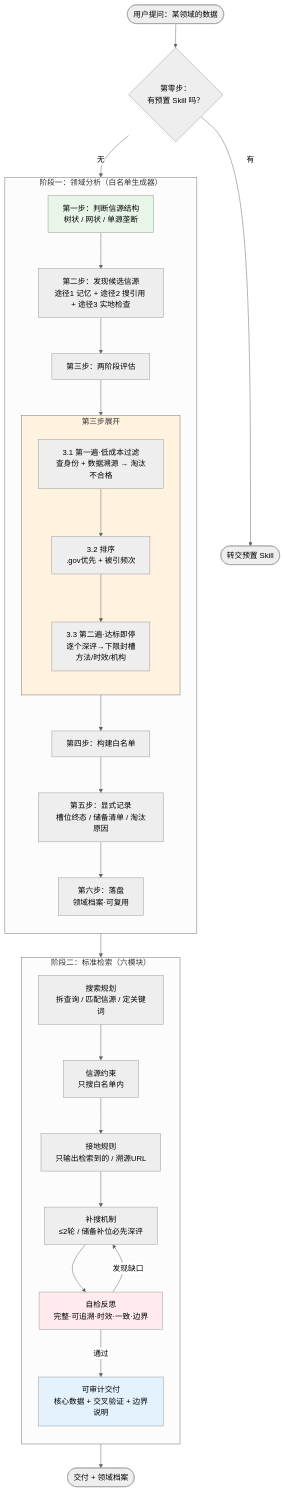
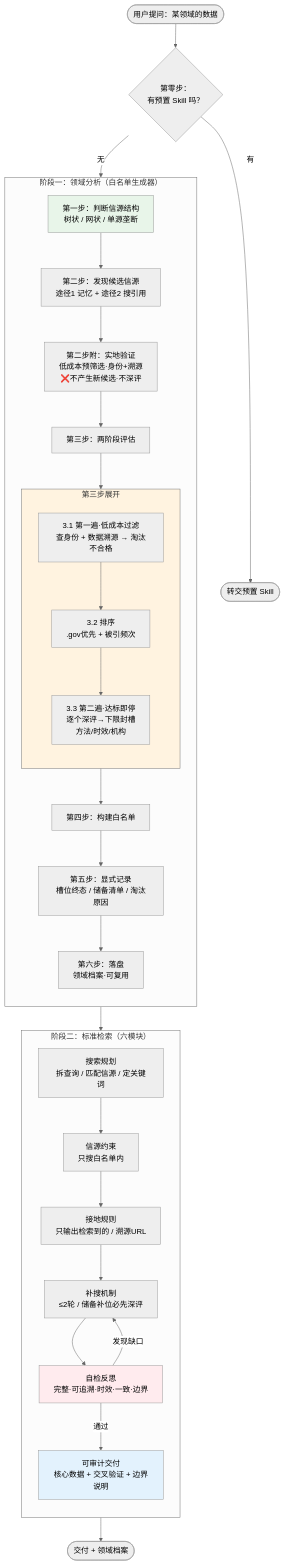
Before and after one commit to paperpoon-lang/trusted-retrieval-skills: the diagram in 可信检索搭建/架构图.md, drawn with Mermaid (neutral theme). The commit also changed 1 other file, not shown here.

Commit message:
fix: 途徑3→第二步附·实地验证——非信源发现管道，是过滤桥（限身份+溯源，不产生新候选·不深评）

````diff
--- a/可信检索搭建/架构图.md
+++ b/可信检索搭建/架构图.md
@@ -3,48 +3,49 @@
 ```mermaid
 flowchart TD
     Q([用户提问：某领域的数据])
     
     Q --> STEP0{第零步：<br/>有预置 Skill 吗？}
     STEP0 -->|有| EXIT([转交预置 Skill])
     STEP0 -->|无| P1
     
     subgraph PHASE1["阶段一：领域分析（白名单生成器）"]
         direction TB
         P1[第一步：判断信源结构<br/>树状 / 网状 / 单源垄断]
-        P1 --> P2[第二步：发现候选信源<br/>途径1 记忆 + 途径2 搜引用 + 途径3 实地检查]
-        P2 --> P3[第三步：两阶段评估]
+        P1 --> P2[第二步：发现候选信源<br/>途径1 记忆 + 途径2 搜引用]
+        P2 --> P2B[第二步附：实地验证<br/>低成本预筛选·身份+溯源<br/>❌不产生新候选·不深评]
+        P2B --> P3[第三步：两阶段评估]
         
         subgraph EVAL["第三步展开"]
             direction TB
             E1[3.1 第一遍·低成本过滤<br/>查身份 + 数据溯源 → 淘汰不合格]
             E1 --> E2[3.2 排序<br/>.gov优先 + 被引频次]
             E2 --> E3[3.3 第二遍·达标即停<br/>逐个深评→下限封槽<br/>方法/时效/机构]
         end
         
         P3 --> EVAL
         EVAL --> P4[第四步：构建白名单]
         P4 --> P5[第五步：显式记录<br/>槽位终态 / 储备清单 / 淘汰原因]
         P5 --> P6[第六步：落盘<br/>领域档案·可复用]
     end
     
     PHASE1 --> PHASE2
     
     subgraph PHASE2["阶段二：标准检索（六模块）"]
         direction TB
         S1[搜索规划<br/>拆查询 / 匹配信源 / 定关键词]
         S1 --> S2[信源约束<br/>只搜白名单内]
         S2 --> S3[接地规则<br/>只输出检索到的 / 溯源URL]
         S3 --> S4[补搜机制<br/>≤2轮 / 储备补位必先深评]
         S4 --> S5[自检反思<br/>完整·可追溯·时效·一致·边界]
         
         S5 -->|发现缺口| S4
         S5 -->|通过| S6[可审计交付<br/>核心数据 + 交叉验证 + 边界说明]
     end
     
     S6 --> Z([交付 + 领域档案])
     
     style P1 fill:#e8f5e9
     style EVAL fill:#fff3e0
     style S5 fill:#ffebee
     style S6 fill:#e3f2fd
 ```
````
